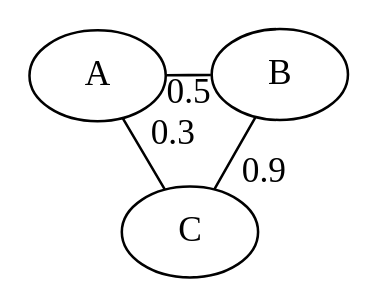
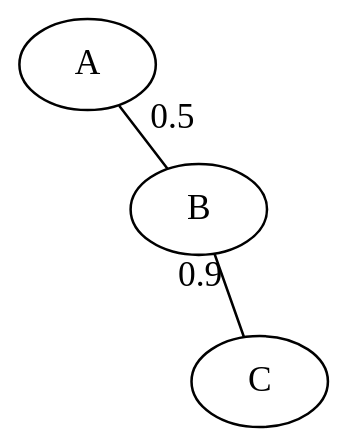
Before and after one commit to tony-stone/problematic-clusters: the fourth of 6 diagrams in problematic-clusters.qmd, drawn with Graphviz. The commit also changed other lines of this file and 10 other files, not shown here.

````diff
--- a/problematic-clusters.qmd
+++ b/problematic-clusters.qmd
@@ -103,12 +130,12 @@
 ```{dot}
-//| fig-height: 2
-//| fig-width: 2
+//| fig-height: 2.5
+//| fig-width: 3
 
 graph G2 {
 layout=neato
+bgcolor="transparent"
 A -- B [label = "0.5"];
 B -- C [label = "0.9"];
-A -- C [label = "0.3"];
 }
 
 ```
````
